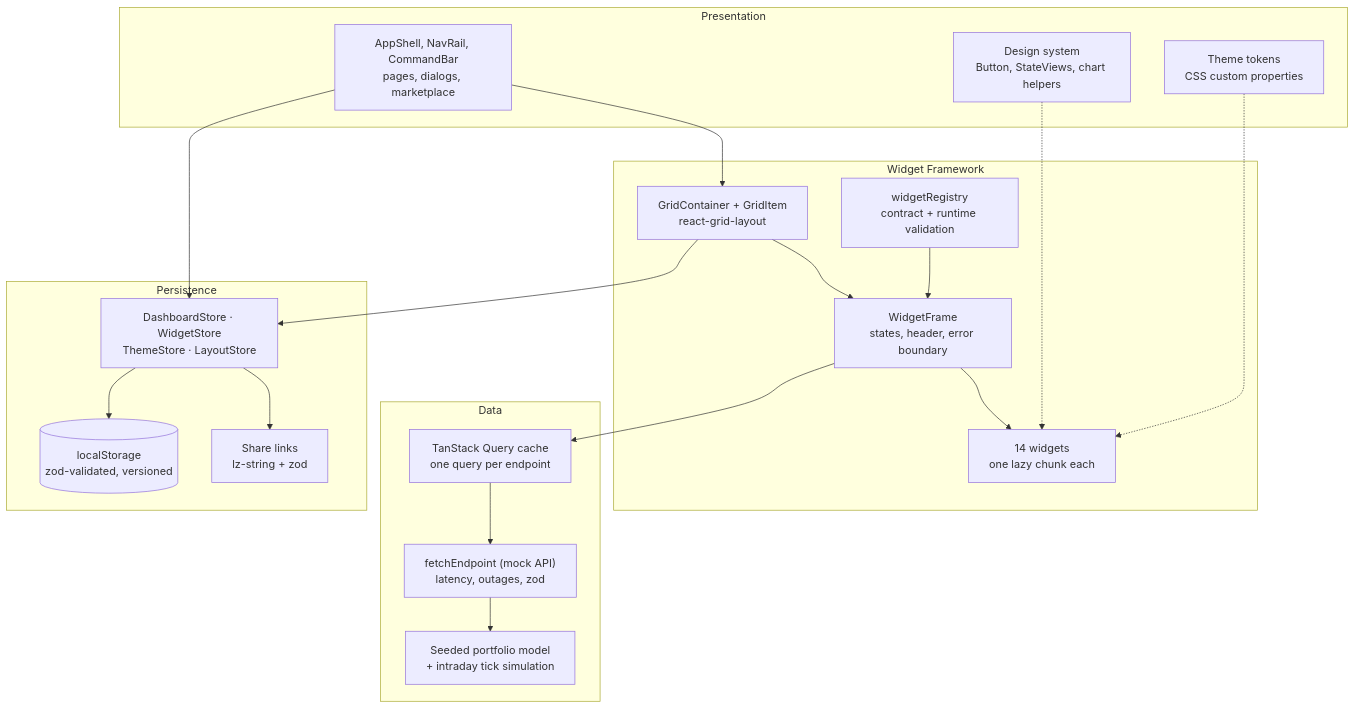
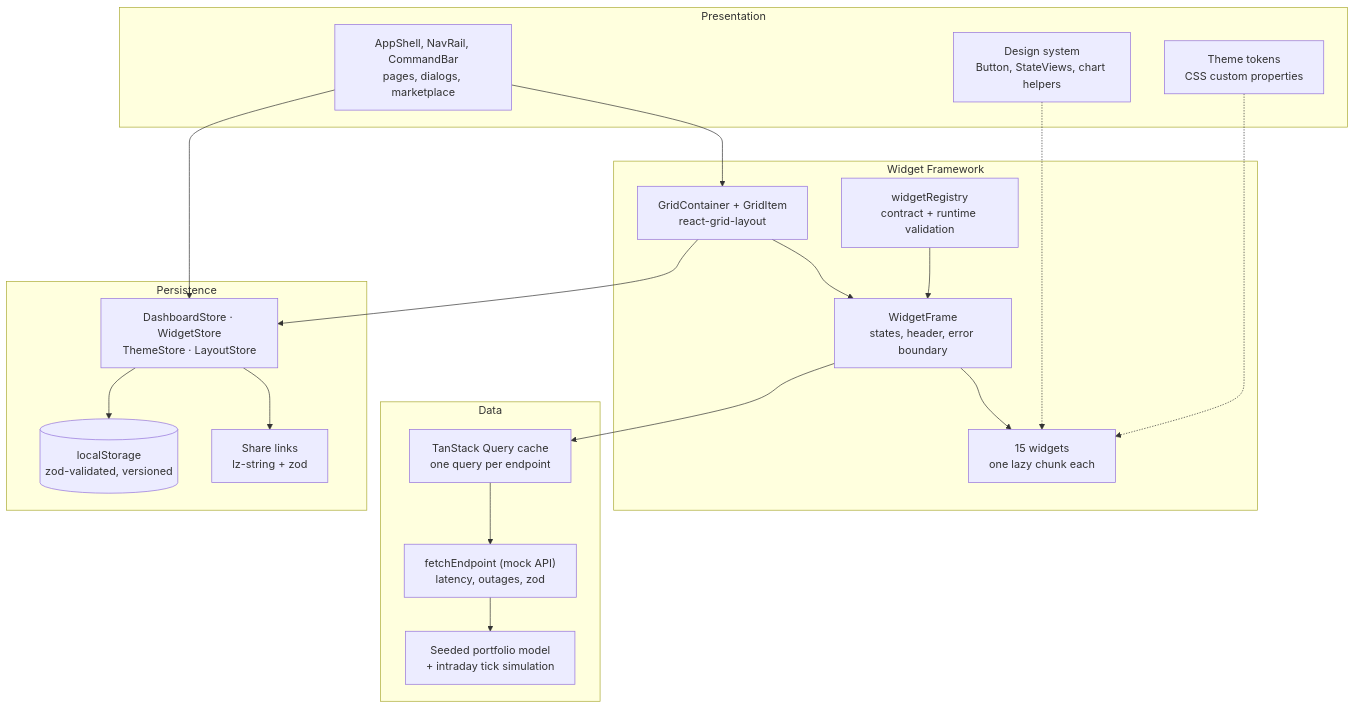
Before and after one commit to vaishnavibhagwat/Project-C: the first of 6 diagrams in docs/ARCHITECTURE.md, drawn with Mermaid. The commit also changed other lines of this file and 18 other files, not shown here.

First line of the commit message:
feat(widgets): W02 performance line chart with zoom, pan, brush; DATE_RANGE_CHANGED

````diff
--- a/docs/ARCHITECTURE.md
+++ b/docs/ARCHITECTURE.md
@@ -18,38 +18,38 @@
 ```mermaid
 flowchart TB
   subgraph P["Presentation"]
     shell["AppShell, NavRail, CommandBar<br/>pages, dialogs, marketplace"]
     ds["Design system<br/>Button, StateViews, chart helpers"]
     theme["Theme tokens<br/>CSS custom properties"]
   end
   subgraph W["Widget Framework"]
     registry["widgetRegistry<br/>contract + runtime validation"]
     grid["GridContainer + GridItem<br/>react-grid-layout"]
     frame["WidgetFrame<br/>states, header, error boundary"]
-    widgets["14 widgets<br/>one lazy chunk each"]
+    widgets["15 widgets<br/>one lazy chunk each"]
   end
   subgraph D["Data"]
     query["TanStack Query cache<br/>one query per endpoint"]
     api["fetchEndpoint (mock API)<br/>latency, outages, zod"]
     sim["Seeded portfolio model<br/>+ intraday tick simulation"]
   end
   subgraph S["Persistence"]
     stores["DashboardStore · WidgetStore<br/>ThemeStore · LayoutStore"]
     ls[("localStorage<br/>zod-validated, versioned")]
     share["Share links<br/>lz-string + zod"]
   end
 
   shell --> grid
   grid --> frame
   registry --> frame
   frame --> widgets
   frame --> query
   query --> api
   api --> sim
   shell --> stores
   grid --> stores
   stores --> ls
   stores --> share
   ds -.-> widgets
   theme -.-> widgets
 ```
````
